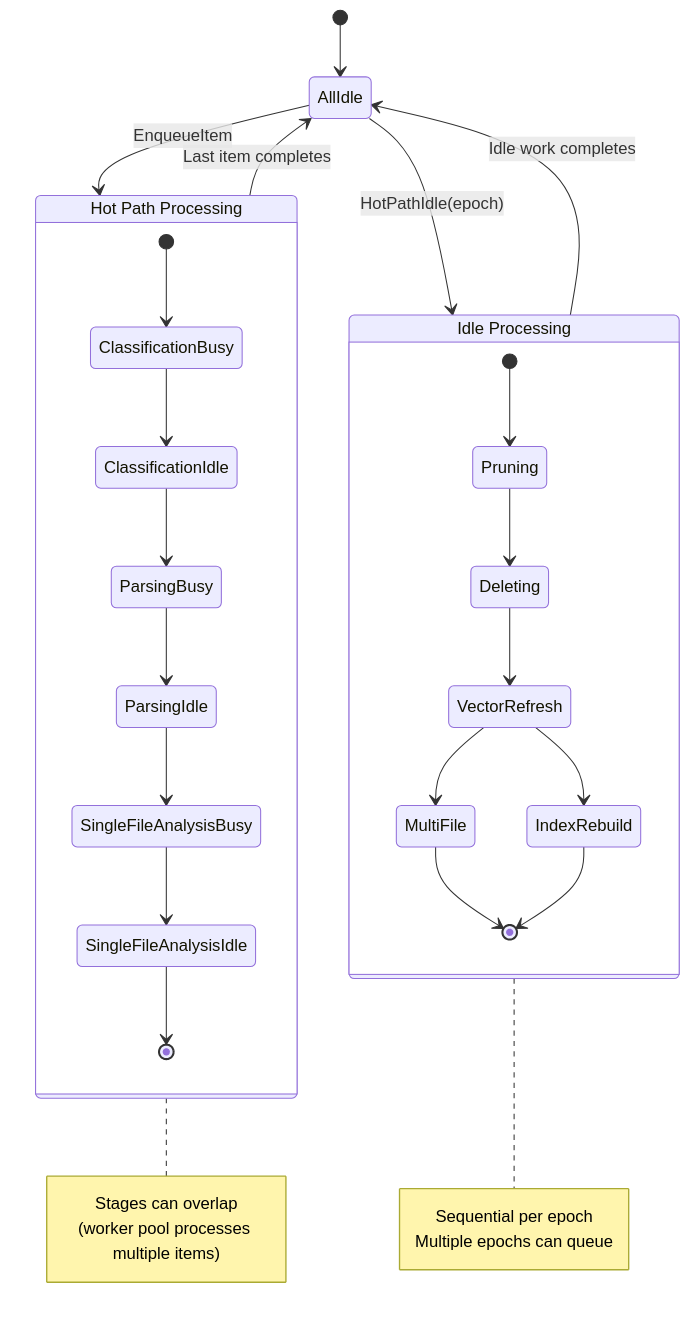
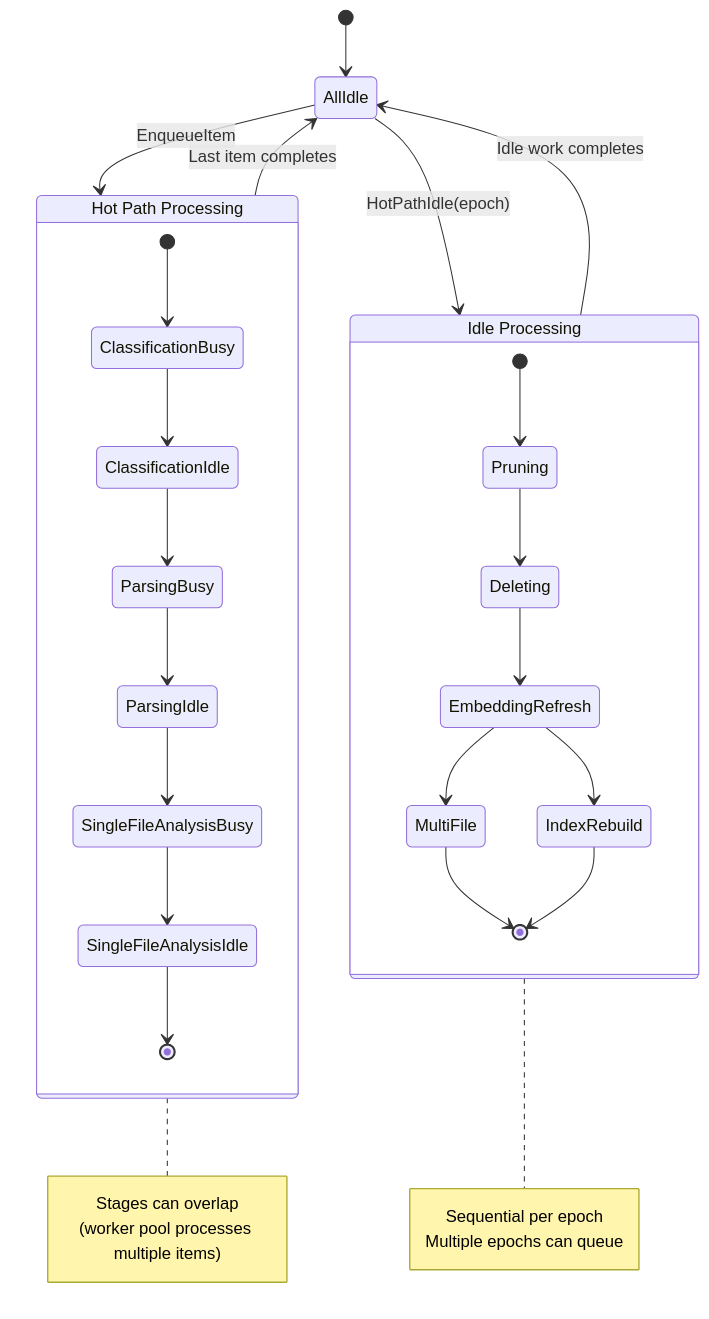
One commit to RepoQL/RepoQL changed the third of 5 diagrams in src/Indexing/RepoQL.Indexing/docs/STATE-MACHINE.md. Above: the diagram before and after it, drawn with Mermaid. The commit also changed 43 other files, not shown here.

````diff
--- a/src/Indexing/RepoQL.Indexing/docs/STATE-MACHINE.md
+++ b/src/Indexing/RepoQL.Indexing/docs/STATE-MACHINE.md
@@ -90,44 +90,44 @@
 ```mermaid
 stateDiagram-v2
     [*] --> AllIdle
 
     state "Hot Path Processing" as HotPath {
         [*] --> ClassificationBusy
         ClassificationBusy --> ClassificationIdle
         ClassificationIdle --> ParsingBusy
         ParsingBusy --> ParsingIdle
         ParsingIdle --> SingleFileAnalysisBusy
         SingleFileAnalysisBusy --> SingleFileAnalysisIdle
         SingleFileAnalysisIdle --> [*]
     }
 
     state "Idle Processing" as IdleProc {
         [*] --> Pruning
         Pruning --> Deleting
-        Deleting --> VectorRefresh
-        VectorRefresh --> MultiFile
-        VectorRefresh --> IndexRebuild
+        Deleting --> EmbeddingRefresh
+        EmbeddingRefresh --> MultiFile
+        EmbeddingRefresh --> IndexRebuild
         MultiFile --> [*]
         IndexRebuild --> [*]
     }
 
     AllIdle --> HotPath: EnqueueItem
     HotPath --> AllIdle: Last item completes
     AllIdle --> IdleProc: HotPathIdle(epoch)
     IdleProc --> AllIdle: Idle work completes
 
     note right of HotPath
         Stages can overlap
         (worker pool processes multiple items)
     end note
 
     note right of IdleProc
         Sequential per epoch
         Multiple epochs can queue
     end note
 
     %% MEANING: System oscillates between HotPath and IdleProc.
     %% HotPath: Process files as they arrive (continuous).
     %% IdleProc: Batch operations when pipeline drains (periodic).
     %% AllIdle: No work active, waiting for next file or next idle epoch.
 ```
````
